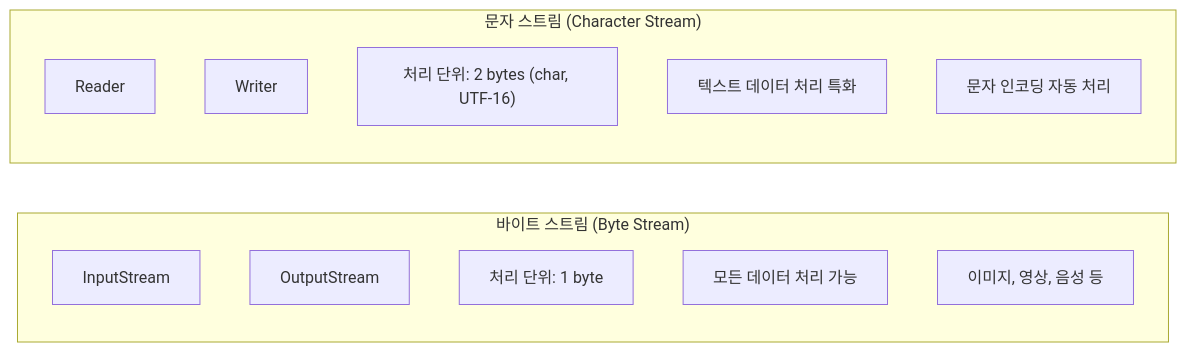
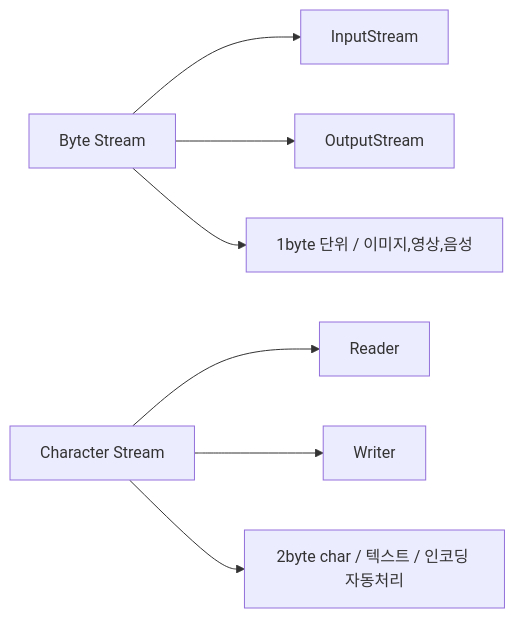
The second of 11 diagrams in _posts/java/2026-05-01-java-io.md (yjkim2015/yjkim2015.github.io), drawn with Mermaid before and after one commit. The commit also changed other lines of this file and 215 other files, not shown here.

First line of the commit message:
신규 포스트 10개 추가 + Mermaid 전면 축소 + SystemDesign 시리즈 보강

````diff
--- a/_posts/java/2026-05-01-java-io.md
+++ b/_posts/java/2026-05-01-java-io.md
@@ -42,17 +42,7 @@
 ```mermaid
 graph LR
-    subgraph "바이트 스트림 (Byte Stream)"
-        IS["InputStream"]
-        OS["OutputStream"]
-        B1["처리 단위: 1 byte"]
-        B2["모든 데이터 처리 가능"]
-        B3["이미지, 영상, 음성 등"]
-    end
-    subgraph "문자 스트림 (Character Stream)"
-        R["Reader"]
-        W["Writer"]
-        C1["처리 단위: 2 bytes (char, UTF-16)"]
-        C2["텍스트 데이터 처리 특화"]
-        C3["문자 인코딩 자동 처리"]
-    end
+    BS["Byte Stream"] --> IS["InputStream"] & OS["OutputStream"]
+    BS --> B1["1byte 단위 / 이미지,영상,음성"]
+    CS["Character Stream"] --> R["Reader"] & W["Writer"]
+    CS --> C1["2byte char / 텍스트 / 인코딩 자동처리"]
 ```
````
